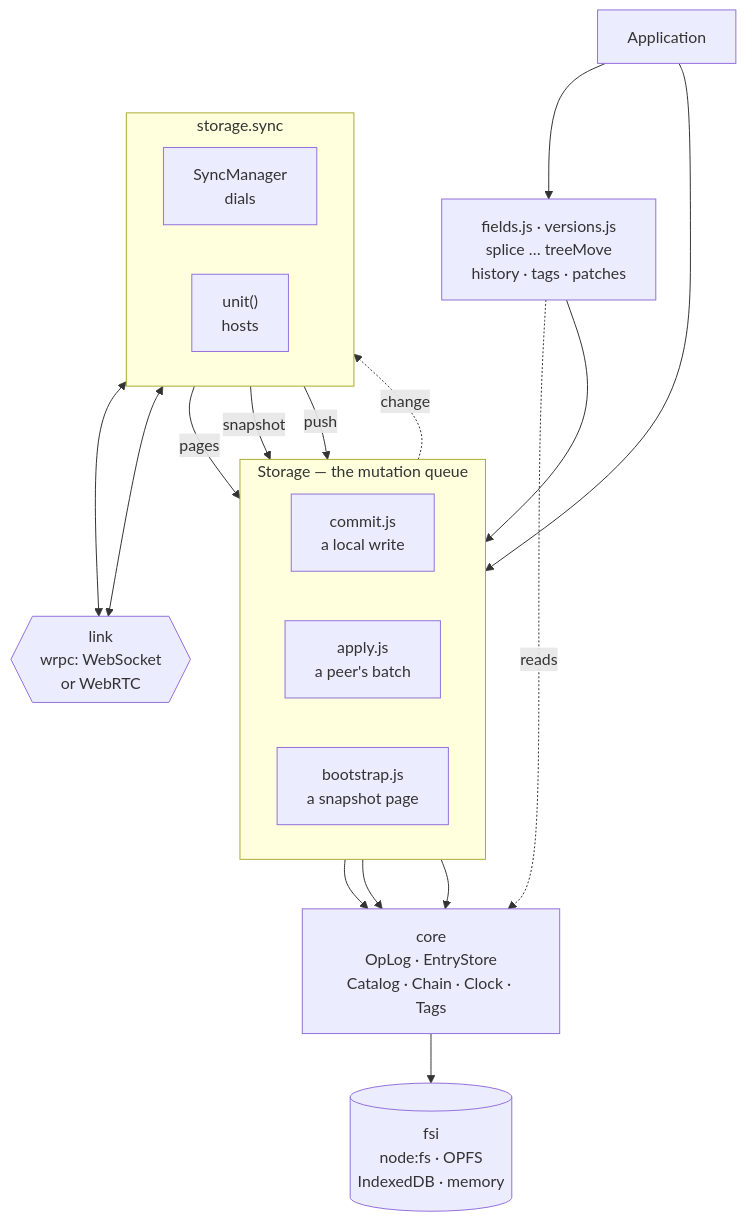
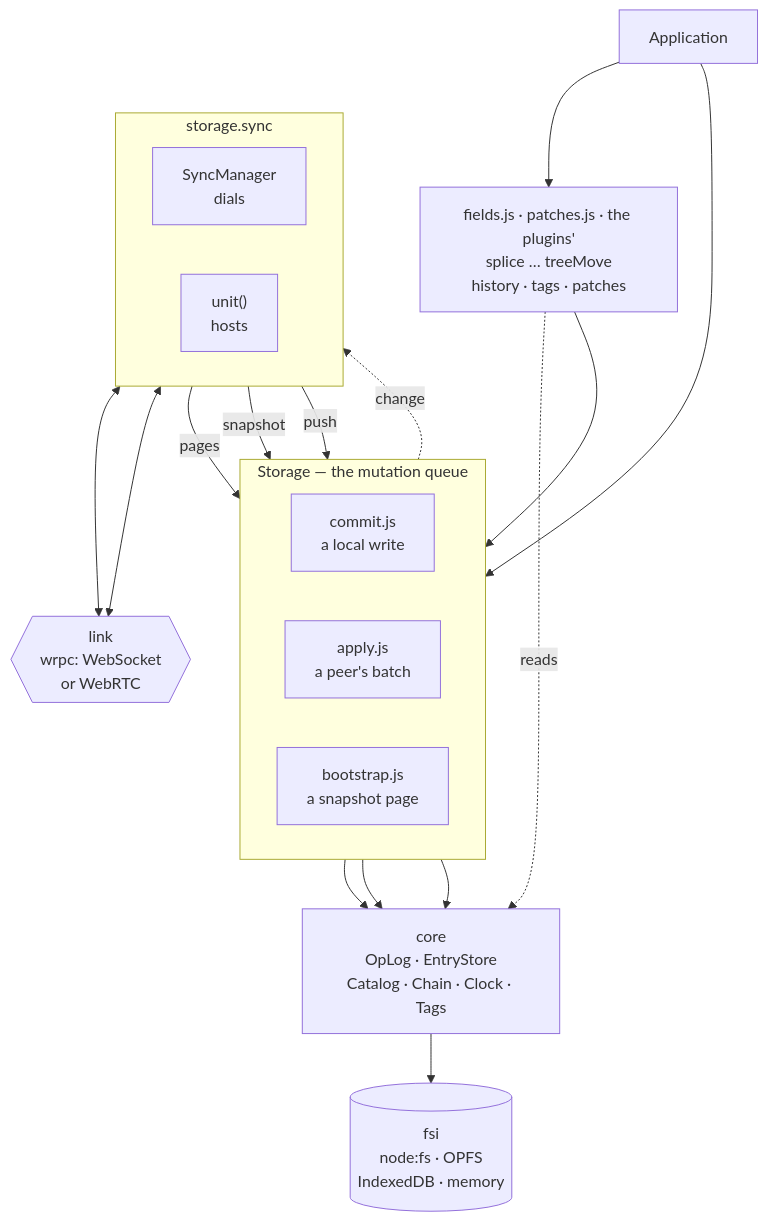
Before and after one commit to Alexis-Technologies/syncom: the first of 4 diagrams in docs/guide/architecture.md, drawn with Mermaid. The commit also changed other lines of this file and 484 other files, not shown here.

````diff
--- a/docs/guide/architecture.md
+++ b/docs/guide/architecture.md
@@ -18,33 +19,33 @@
 ```mermaid
 flowchart TB
   app["Application"]
-  api["fields.js · versions.js<br/>splice … treeMove<br/>history · tags · patches"]
+  api["fields.js · patches.js · the plugins'<br/>splice … treeMove<br/>history · tags · patches"]
   subgraph storage["Storage — the mutation queue"]
     direction LR
     commit["commit.js<br/>a local write"]
     apply["apply.js<br/>a peer's batch"]
     boot["bootstrap.js<br/>a snapshot page"]
   end
   core["core<br/>OpLog · EntryStore<br/>Catalog · Chain · Clock · Tags"]
   fsi[("fsi<br/>node:fs · OPFS<br/>IndexedDB · memory")]
   subgraph sync["storage.sync"]
     direction LR
     dial["SyncManager<br/>dials"]
     host["unit()<br/>hosts"]
   end
   link{{"link<br/>wrpc: WebSocket<br/>or WebRTC"}}
   app --> commit
   app --> api
   api --> commit
   api -. reads .-> core
   commit --> core
   apply --> core
   boot --> core
   core --> fsi
   commit -. change .-> dial
   dial -- pages --> apply
   dial -- snapshot --> boot
   host -- push --> apply
   dial <--> link
   host <--> link
 ```
````
